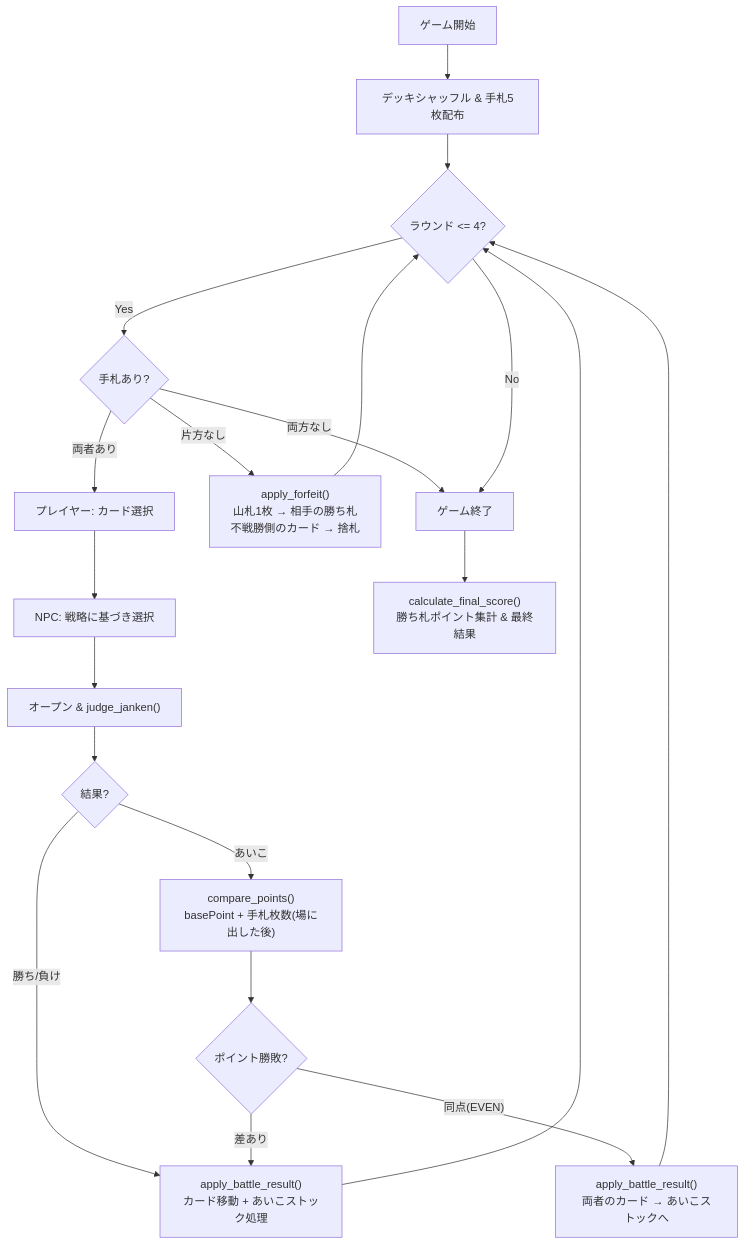
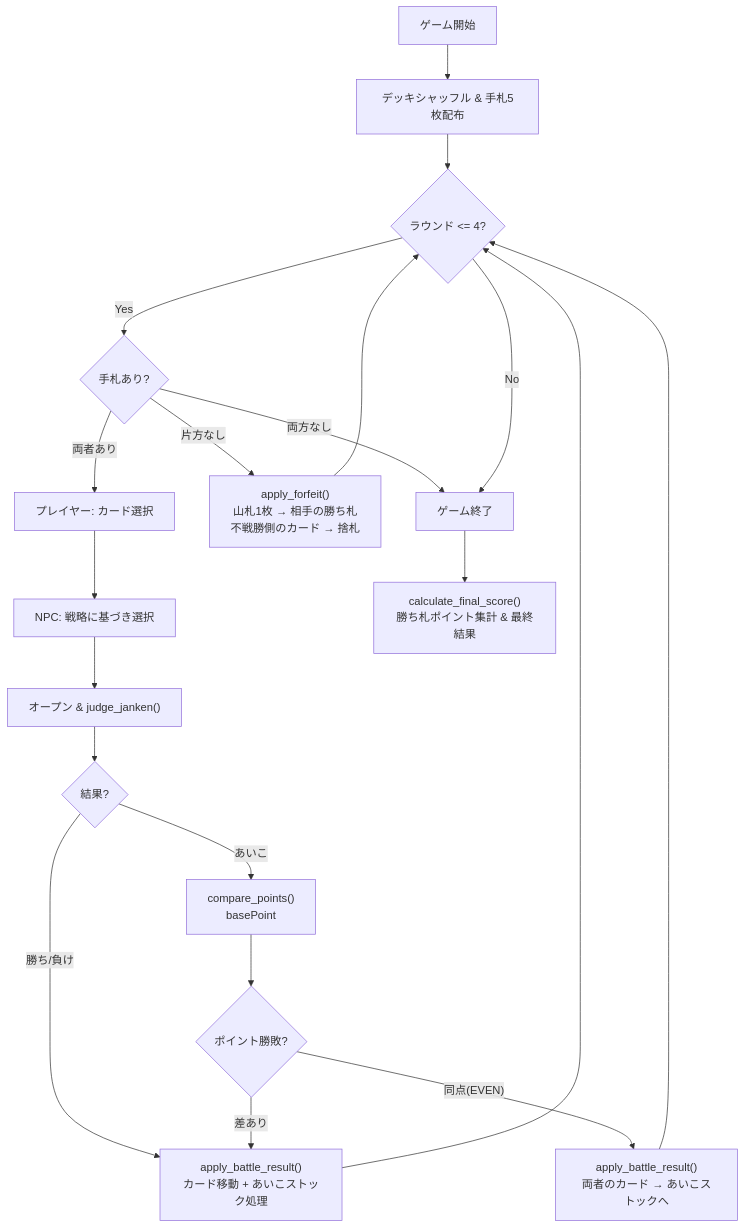
Before and after one commit to ftnext/millionlive-shadow-bout: the diagram in docs/plans/v0.1-janken-streamlit.md, drawn with Mermaid. The commit also changed other lines of this file and 2 other files, not shown here.

````diff
--- a/docs/plans/v0.1-janken-streamlit.md
+++ b/docs/plans/v0.1-janken-streamlit.md
@@ -313,22 +312,22 @@
 ```mermaid
 flowchart TD
     A["ゲーム開始"] --> B["デッキシャッフル & 手札5枚配布"]
     B --> C{"ラウンド <= 4?"}
     C -- Yes --> D{"手札あり?"}
     D -- "両者あり" --> E["プレイヤー: カード選択"]
     E --> F["NPC: 戦略に基づき選択"]
     F --> G["オープン & judge_janken()"]
     G --> H{"結果?"}
     H -- "勝ち/負け" --> I["apply_battle_result()\nカード移動 + あいこストック処理"]
-    H -- "あいこ" --> J["compare_points()\nbasePoint + 手札枚数(場に出した後)"]
+    H -- "あいこ" --> J["compare_points()\nbasePoint"]
     J --> K{"ポイント勝敗?"}
     K -- "差あり" --> I
     K -- "同点(EVEN)" --> L["apply_battle_result()\n両者のカード → あいこストックへ"]
     L --> C
     I --> C
     D -- "片方なし" --> M["apply_forfeit()\n山札1枚 → 相手の勝ち札\n不戦勝側のカード → 捨札"]
     M --> C
     D -- "両方なし" --> N["ゲーム終了"]
     C -- No --> N
     N --> O["calculate_final_score()\n勝ち札ポイント集計 & 最終結果"]
 ```
````
